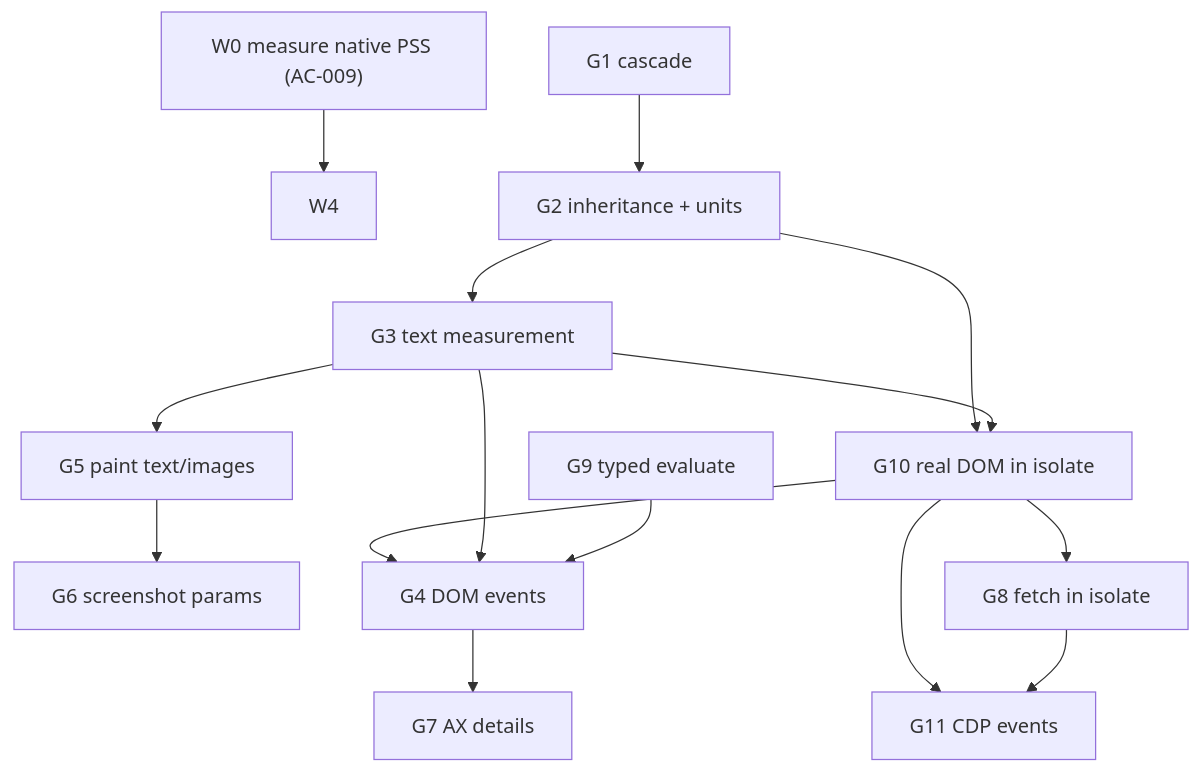
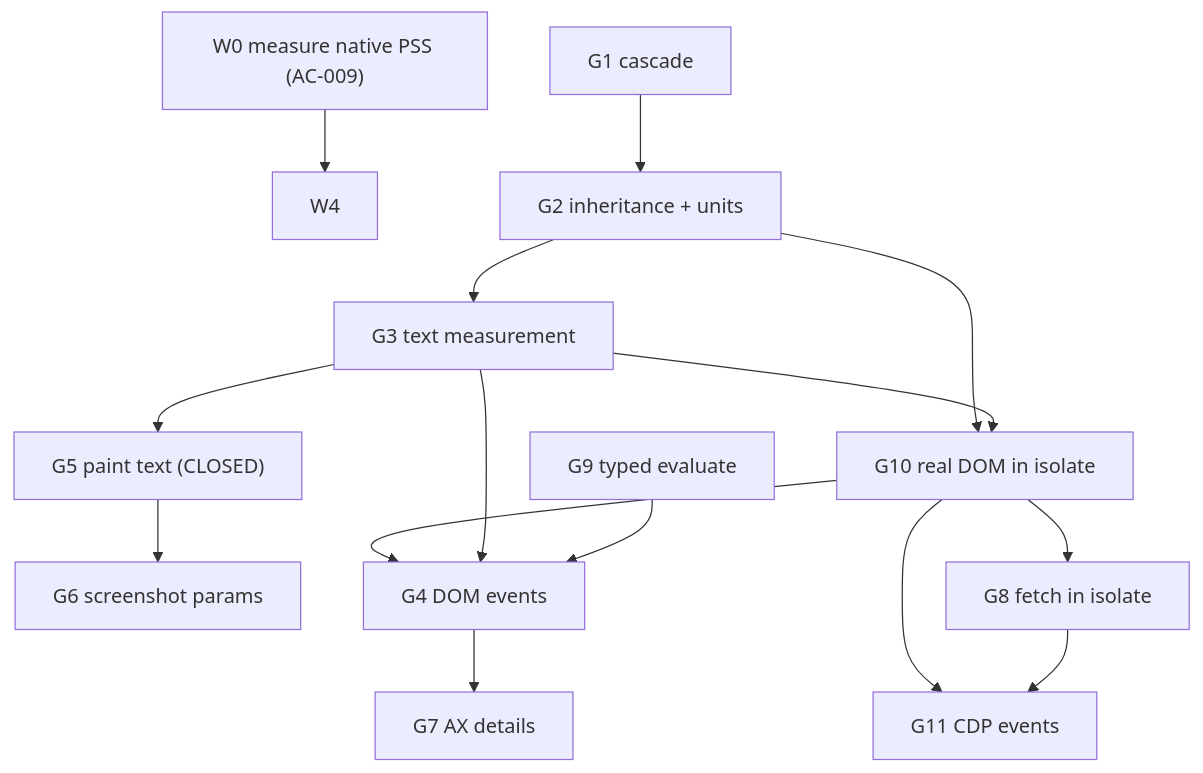
Before and after one commit to adi805/opencrabs-browser: the diagram in docs/prd/URUTAN-KERJA-CELAH 121126-0700.md, drawn with Mermaid. The commit also changed other lines of this file and 1 other file, not shown here.

First line of the commit message:
docs(prd): record that the native raster paints text

````diff
--- a/docs/prd/URUTAN-KERJA-CELAH 121126-0700.md
+++ b/docs/prd/URUTAN-KERJA-CELAH 121126-0700.md
@@ -40,17 +51,17 @@
 ```mermaid
 flowchart TD
     W0["W0 measure native PSS (AC-009)"] --> W4
     G1["G1 cascade"] --> G2["G2 inheritance + units"]
     G2 --> G3["G3 text measurement"]
-    G3 --> G5["G5 paint text/images"]
+    G3 --> G5["G5 paint text (CLOSED)"]
     G5 --> G6["G6 screenshot params"]
     G2 --> G10["G10 real DOM in isolate"]
     G3 --> G10
     G10 --> G4["G4 DOM events"]
     G3 --> G4
     G10 --> G8["G8 fetch in isolate"]
     G4 --> G7["G7 AX details"]
     G10 --> G11["G11 CDP events"]
     G8 --> G11
     G9["G9 typed evaluate"] --> G4
 ```
````
